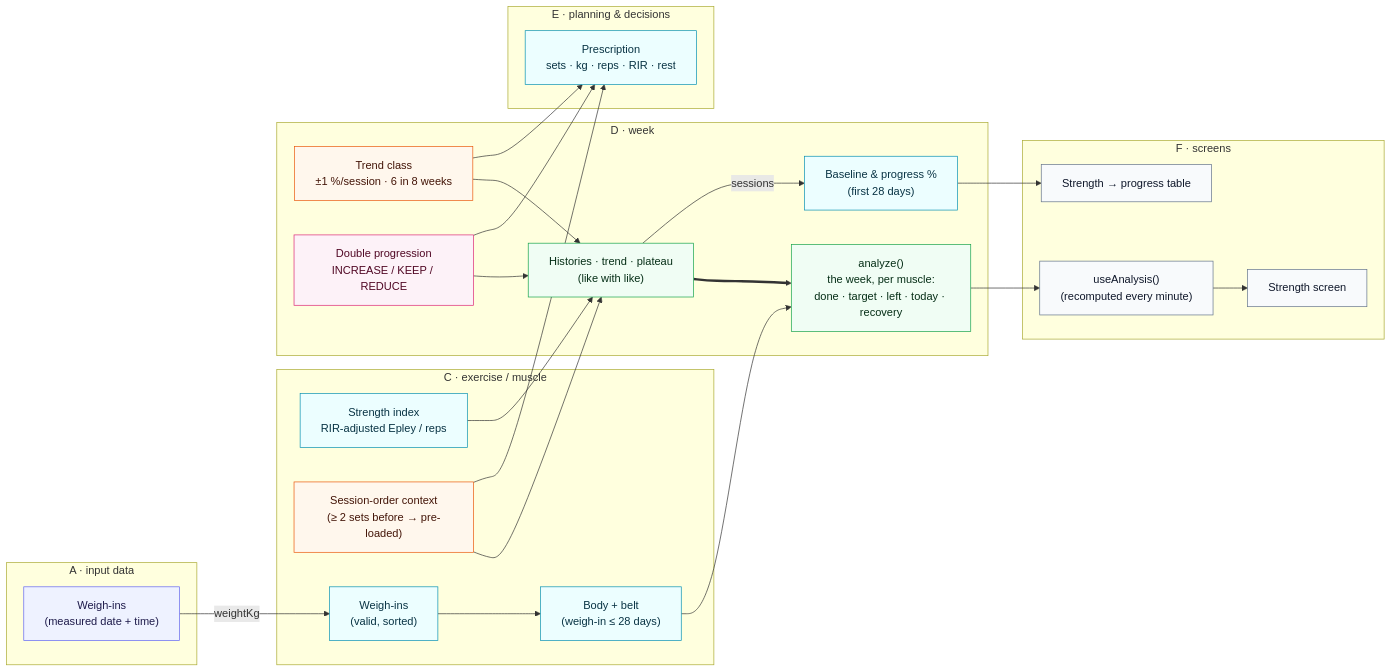
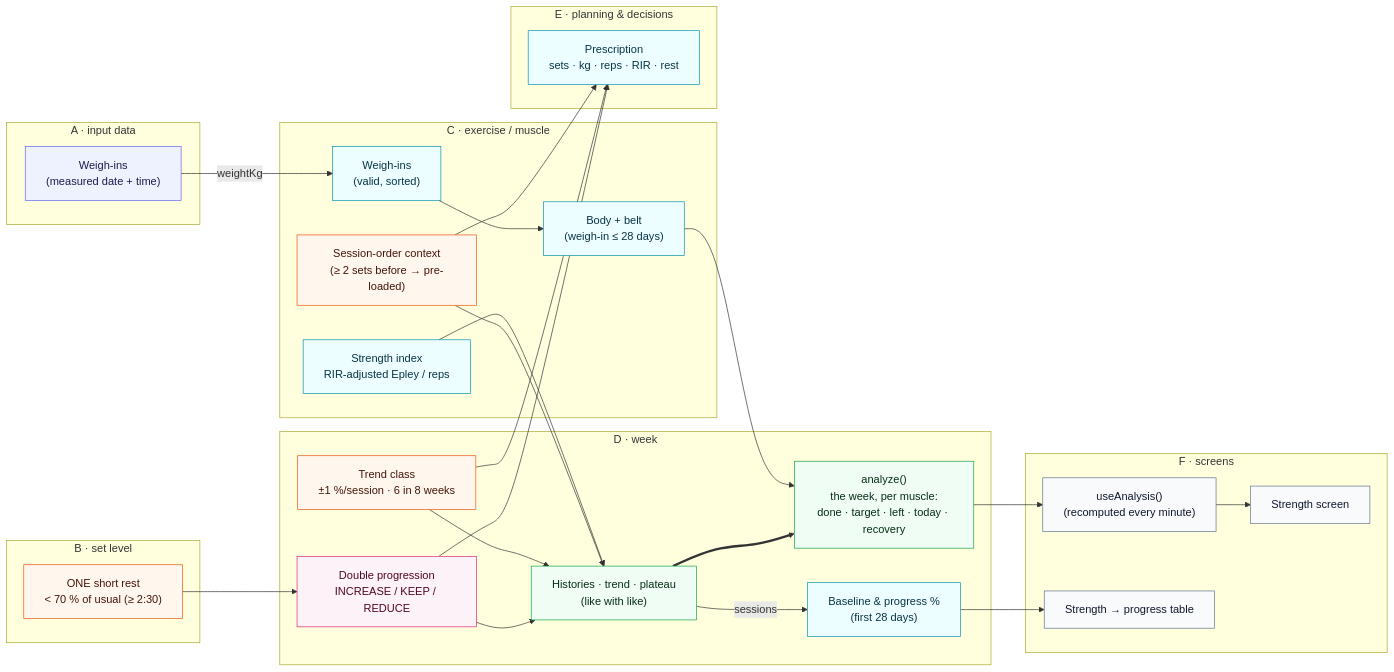
Before and after one commit to seniashinmaksim/gym-rat: the fourth of 8 diagrams in docs/FORMULA_DEPENDENCY_MAP.md, drawn with Mermaid. The commit also changed other lines of this file and 34 other files, not shown here.

````diff
--- a/docs/FORMULA_DEPENDENCY_MAP.md
+++ b/docs/FORMULA_DEPENDENCY_MAP.md
@@ -306,48 +314,52 @@
 ```mermaid
 flowchart LR
   subgraph A["A · input data"]
     in_body["Weigh-ins<br/>(measured date + time)"]:::input
+  end
+  subgraph B["B · set level"]
+    shortrest["ONE short rest<br/>< 70 % of usual (≥ 2:30)"]:::rule
   end
   subgraph C["C · exercise / muscle"]
     perf["Strength index<br/>RIR-adjusted Epley / reps"]:::formula
     preload["Session-order context<br/>(≥ 2 sets before → pre-loaded)"]:::rule
     weighins["Weigh-ins<br/>(valid, sorted)"]:::formula
     bodyidx["Body + belt<br/>(weigh-in ≤ 28 days)"]:::formula
   end
   subgraph D["D · week"]
     prog["Histories · trend · plateau<br/>(like with like)"]:::aggregation
     trend["Trend class<br/>±1 %/session · 6 in 8 weeks"]:::rule
     nextload["Double progression<br/>INCREASE / KEEP / REDUCE"]:::decision
     analyze["analyze()<br/>the week, per muscle:<br/>done · target · left · today · recovery"]:::aggregation
     baseline["Baseline & progress %<br/>(first 28 days)"]:::formula
   end
   subgraph E["E · planning & decisions"]
     prescribe["Prescription<br/>sets · kg · reps · RIR · rest"]:::formula
   end
   subgraph F["F · screens"]
     ui_analysis["useAnalysis()<br/>(recomputed every minute)"]:::ui
     ui_strength["Strength screen"]:::ui
     ui_progress["Strength → progress table"]:::ui
   end
   perf --> prog
   preload --> prog
   trend --> prog
   nextload --> prog
   in_body -->|weightKg| weighins
   weighins --> bodyidx
   bodyidx --> analyze
   prog ==> analyze
   trend --> prescribe
   nextload --> prescribe
   preload --> prescribe
+  shortrest --> nextload
   prog -->|sessions| baseline
   analyze --> ui_analysis
   ui_analysis --> ui_strength
   baseline --> ui_progress
   classDef input fill:#eef2ff,stroke:#6366f1,color:#1e1b4b
   classDef formula fill:#ecfeff,stroke:#0891b2,color:#083344
   classDef rule fill:#fff7ed,stroke:#ea580c,color:#431407
   classDef aggregation fill:#f0fdf4,stroke:#16a34a,color:#052e16
   classDef decision fill:#fdf2f8,stroke:#db2777,color:#500724
   classDef ui fill:#f8fafc,stroke:#64748b,color:#0f172a
 ```
````
